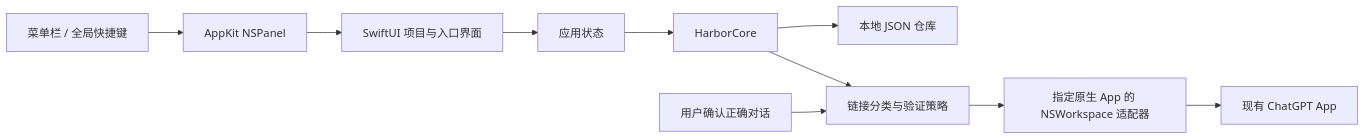
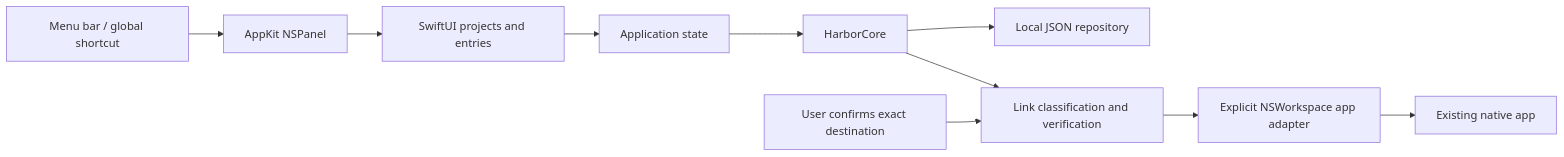
The diagram in docs/ARCHITECTURE.md (YiChenLu0119-prog/harbor-workspace-dock), drawn with Mermaid before and after one commit. The commit also changed other lines of this file and 3 other files, not shown here.

Commit message:
docs: publish English architecture, design research and roadmap

````diff
--- a/docs/ARCHITECTURE.md
+++ b/docs/ARCHITECTURE.md
@@ -3,12 +3,12 @@
 ```mermaid
 flowchart LR
-  Menu[菜单栏 / 全局快捷键] --> Panel[AppKit NSPanel]
-  Panel --> UI[SwiftUI 项目与入口界面]
-  UI --> State[应用状态]
+  Menu[Menu bar / global shortcut] --> Panel[AppKit NSPanel]
+  Panel --> UI[SwiftUI projects and entries]
+  UI --> State[Application state]
   State --> Core[HarborCore]
-  Core --> JSON[本地 JSON 仓库]
-  Core --> Policy[链接分类与验证策略]
-  Policy --> Native[指定原生 App 的 NSWorkspace 适配器]
-  Native --> ChatGPT[现有 ChatGPT App]
-  User[用户确认正确对话] --> Policy
+  Core --> JSON[Local JSON repository]
+  Core --> Policy[Link classification and verification]
+  Policy --> Native[Explicit NSWorkspace app adapter]
+  Native --> ChatGPT[Existing native app]
+  User[User confirms exact destination] --> Policy
 ```
````
